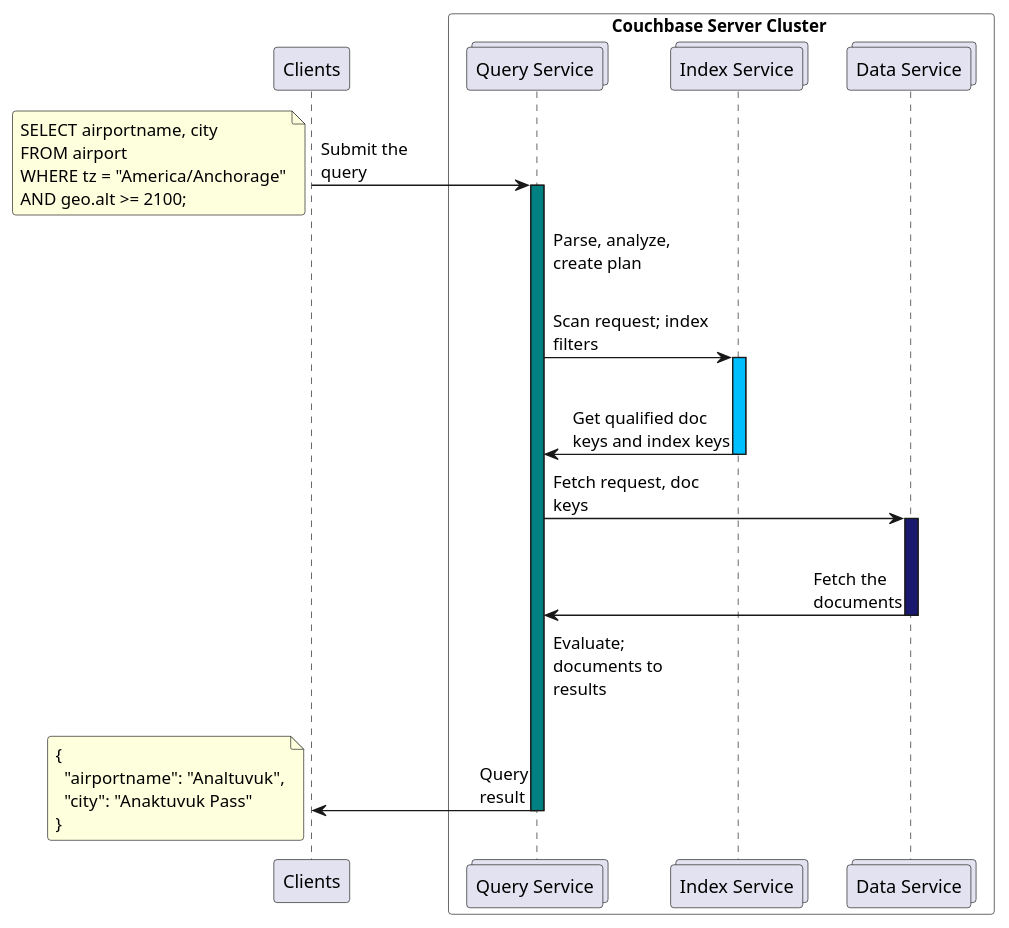
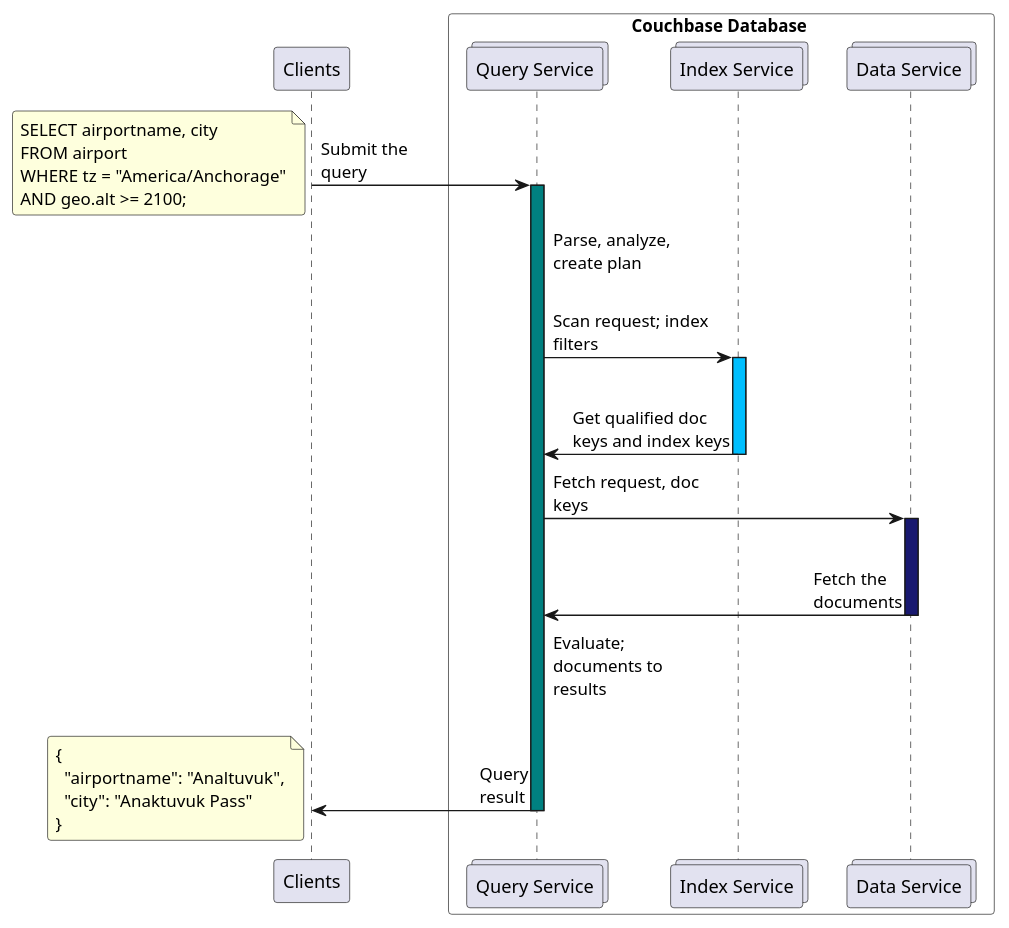
Before and after one commit to couchbaselabs/docs-devex: the diagram in modules/learn/partials/diagrams/query-execution.puml, drawn with PlantUML. The commit also changed 9 other files, not shown here.

```diff
--- a/modules/learn/partials/diagrams/query-execution.puml
+++ b/modules/learn/partials/diagrams/query-execution.puml
@@ -1,63 +1,63 @@
 @startuml query_execution
 
 skinparam maxMessageSize 125
 skinparam roundcorner 5
 skinparam responseMessageBelowArrow true
 skinparam sequenceMessageAlign direction
 skinparam ParticipantPadding 10
 skinparam BoxPadding 60
 skinparam box {
 BackgroundColor PaleGreen
 ArrowColor SeaGreen
 BorderColor SpringGreen
 }
 
 participant Clients
 
-box Couchbase Server Cluster #White
+box Couchbase Database #White
 collections "Query Service" as Query
 collections "Index Service" as Index
 collections "Data Service" as Data
 end box
 
 Clients -> Query: Submit the\nquery
 activate Query #teal
 ' tag::example[]
 note left
   SELECT airportname, city
   FROM airport
   WHERE tz = "America/Anchorage"
   AND geo.alt >= 2100;
 end note
 ' end::example[]
 
 Query -[#transparent]-> Query: Parse, analyze, create plan
 
 Query -> Index: Scan request; index filters
 activate Index #deepskyblue
 |||
 Index -> Query: Get qualified doc keys and index keys
 deactivate Index
 
 ' tag::fetch[]
 Query -> Data: Fetch request, doc keys
 activate Data #midnightblue
 |||
 Data -> Query: Fetch the\ndocuments
 deactivate Data
 ' end::fetch[]
 
 Query -[#transparent]> Query: Evaluate; documents to results
 
 Query -> Clients: Query\nresult
 deactivate Query
 ' tag::example[]
 note left
   {
     "airportname": "Analtuvuk",
     "city": "Anaktuvuk Pass"
   }
 end note
 ' end::example[]
 
 @enduml
```
